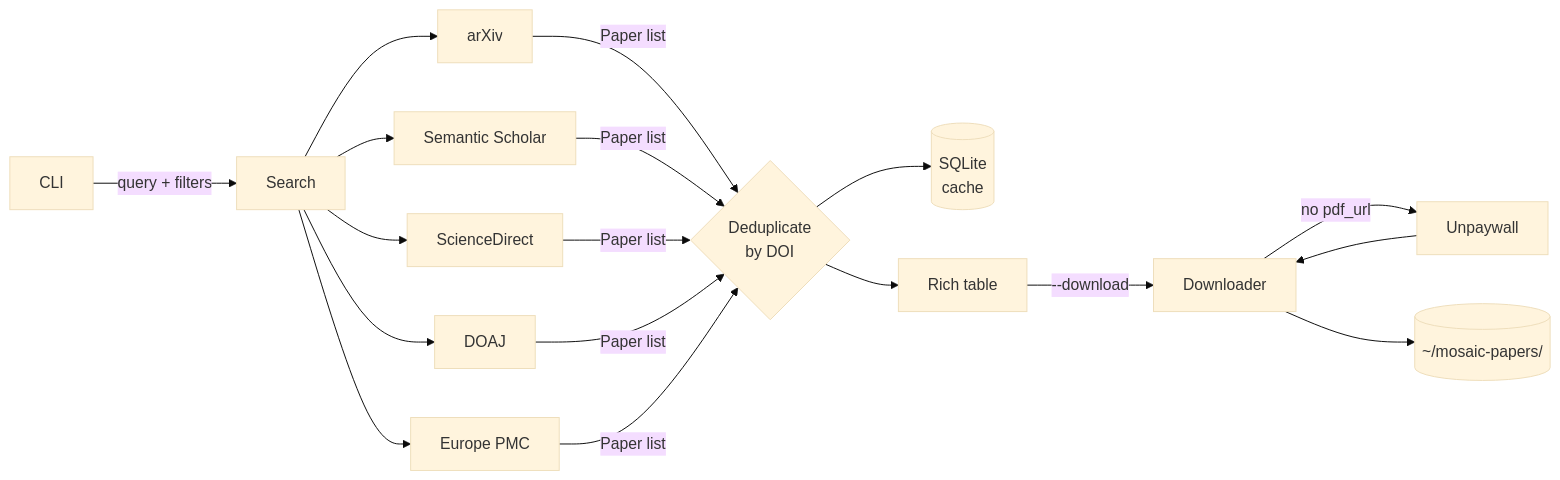
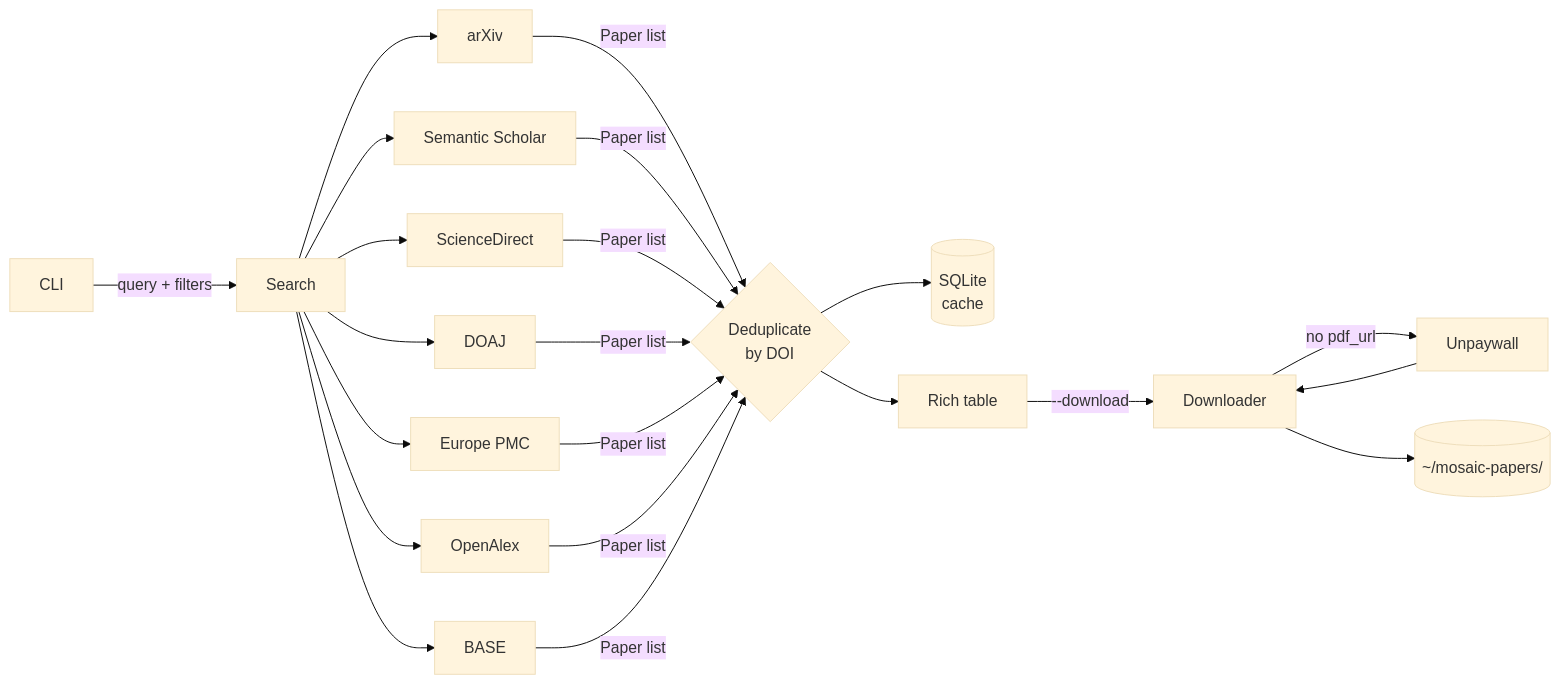
One commit to szaghi/mosaic changed the diagram in README.md. Above: the diagram before and after it, drawn with Mermaid (base theme). The commit also changed other lines of this file and 2 other files, not shown here.

Commit message:
docs: update all source listings to include OpenAlex and BASE

````diff
--- a/README.md
+++ b/README.md
@@ -142,12 +145,12 @@
 ```mermaid
 flowchart LR
     CLI -->|query + filters| Search
-    Search --> arXiv & SS[Semantic Scholar] & SD[ScienceDirect] & DOAJ & EPMC[Europe PMC]
-    arXiv & SS & SD & DOAJ & EPMC -->|Paper list| Dedup{Deduplicate\nby DOI}
+    Search --> arXiv & SS[Semantic Scholar] & SD[ScienceDirect] & DOAJ & EPMC[Europe PMC] & OA[OpenAlex] & BASE
+    arXiv & SS & SD & DOAJ & EPMC & OA & BASE -->|Paper list| Dedup{Deduplicate\nby DOI}
     Dedup --> Cache[(SQLite\ncache)]
     Dedup --> Table[Rich table]
     Table -->|--download| DL[Downloader]
     DL -->|no pdf_url| UPW[Unpaywall]
     UPW --> DL
     DL --> Disk[(~/mosaic-papers/)]
 ```
````
